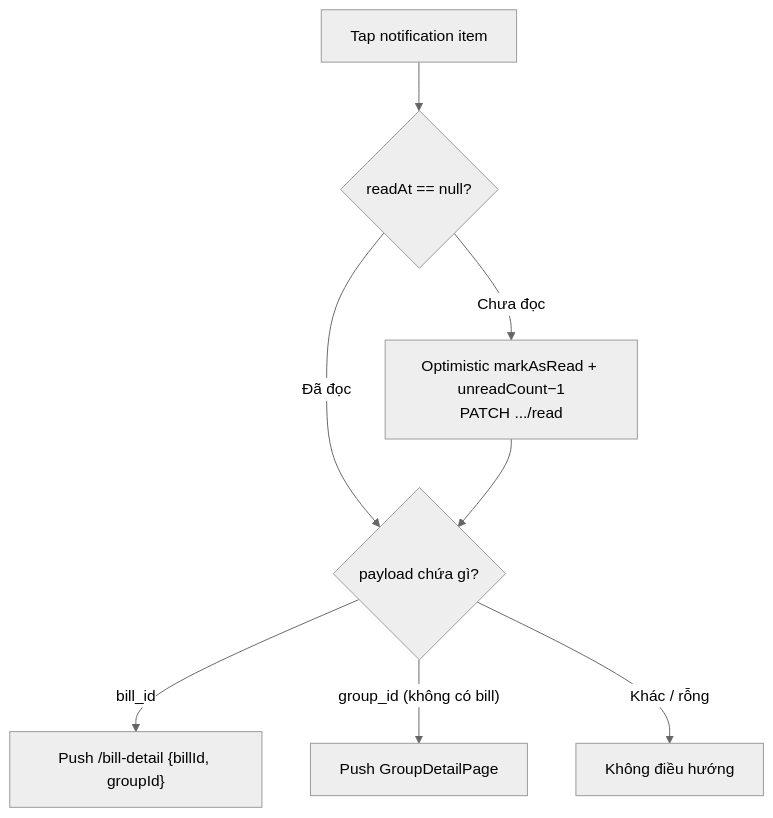
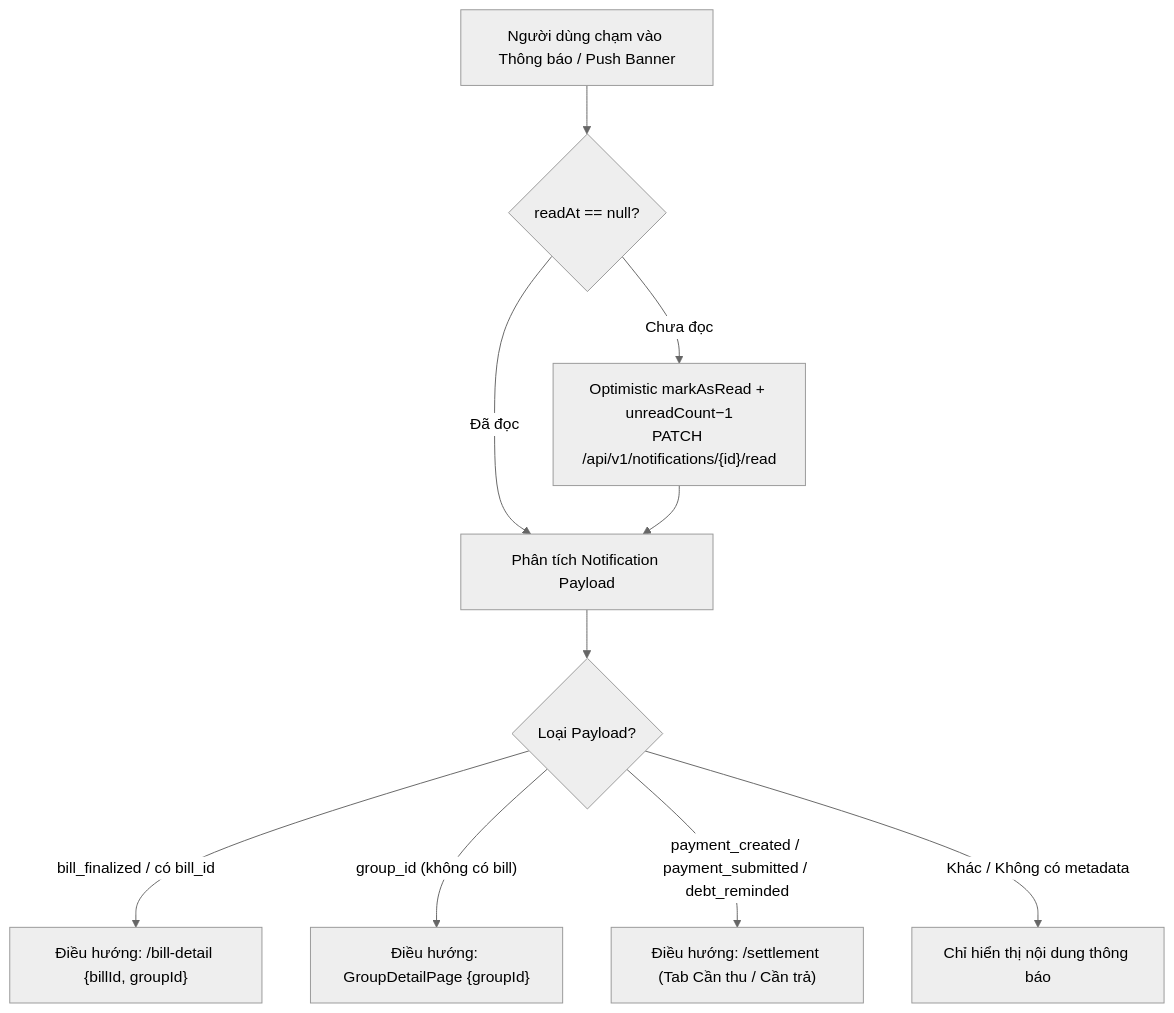
Before and after one commit to FintechVSF-Tranning/PaySplit-RP: the fifth of 5 diagrams in flow/05-notification.md, drawn with Mermaid (neutral theme). The commit also changed other lines of this file and 3 other files, not shown here.

````diff
--- a/flow/05-notification.md
+++ b/flow/05-notification.md
@@ -162,10 +184,12 @@
 ```mermaid
 flowchart TD
-    A["Tap notification item"] --> B{"readAt == null?"}
-    B -->|"Chưa đọc"| C["Optimistic markAsRead + unreadCount−1<br/>PATCH .../read"]
+    A["Người dùng chạm vào Thông báo / Push Banner"] --> B{"readAt == null?"}
+    B -->|"Chưa đọc"| C["Optimistic markAsRead + unreadCount−1<br/>PATCH /api/v1/notifications/{id}/read"]
     B -->|"Đã đọc"| D
-    C --> D{"payload chứa gì?"}
-    D -->|"bill_id"| E["Push /bill-detail {billId, groupId}"]
-    D -->|"group_id (không có bill)"| F["Push GroupDetailPage"]
-    D -->|"Khác / rỗng"| G["Không điều hướng"]
+    C --> D["Phân tích Notification Payload"]
+    D --> E{"Loại Payload?"}
+    E -->|"bill_finalized / có bill_id"| F["Điều hướng: /bill-detail {billId, groupId}"]
+    E -->|"group_id (không có bill)"| G["Điều hướng: GroupDetailPage {groupId}"]
+    E -->|"payment_created / payment_submitted / debt_reminded"| H["Điều hướng: /settlement (Tab Cần thu / Cần trả)"]
+    E -->|"Khác / Không có metadata"| I["Chỉ hiển thị nội dung thông báo"]
 ```
````
